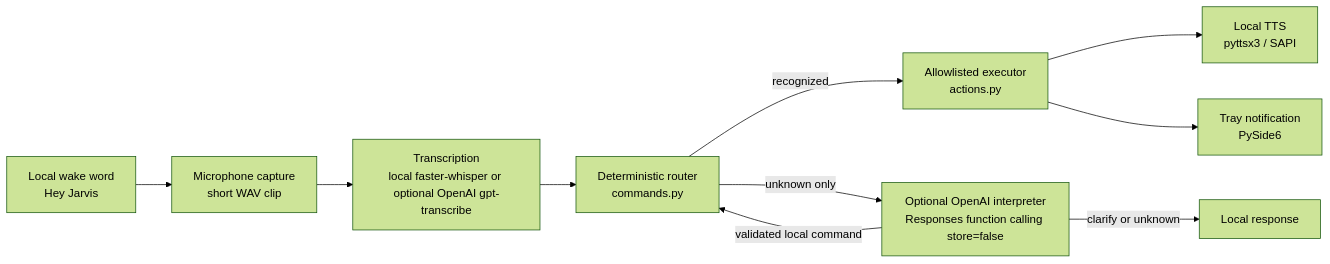
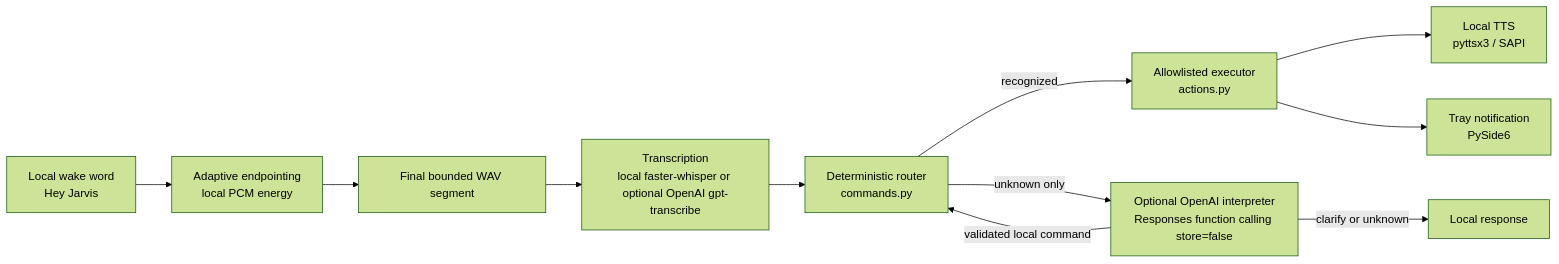
One commit to MEMOMG8/deskpilot changed the diagram in docs/architecture.md. Above: the diagram before and after it, drawn with Mermaid (forest theme). The commit also changed other lines of this file and 5 other files, not shown here.

Commit message:
Add adaptive local voice endpointing

````diff
--- a/docs/architecture.md
+++ b/docs/architecture.md
@@ -5,12 +5,13 @@
 ```mermaid
 flowchart LR
-    A[Local wake word\nHey Jarvis] --> B[Microphone capture\nshort WAV clip]
-    B --> C[Transcription\nlocal faster-whisper or optional OpenAI gpt-transcribe]
-    C --> D[Deterministic router\ncommands.py]
-    D -->|recognized| F[Allowlisted executor\nactions.py]
-    D -->|unknown only| E[Optional OpenAI interpreter\nResponses function calling store=false]
-    E -->|validated local command| D
-    E -->|clarify or unknown| H[Local response]
-    F --> I[Local TTS\npyttsx3 / SAPI]
-    F --> J[Tray notification\nPySide6]
+    A[Local wake word\nHey Jarvis] --> B[Adaptive endpointing\nlocal PCM energy]
+    B --> C[Final bounded WAV segment]
+    C --> D[Transcription\nlocal faster-whisper or optional OpenAI gpt-transcribe]
+    D --> E[Deterministic router\ncommands.py]
+    E -->|recognized| G[Allowlisted executor\nactions.py]
+    E -->|unknown only| F[Optional OpenAI interpreter\nResponses function calling store=false]
+    F -->|validated local command| E
+    F -->|clarify or unknown| H[Local response]
+    G --> I[Local TTS\npyttsx3 / SAPI]
+    G --> J[Tray notification\nPySide6]
 ```
````
